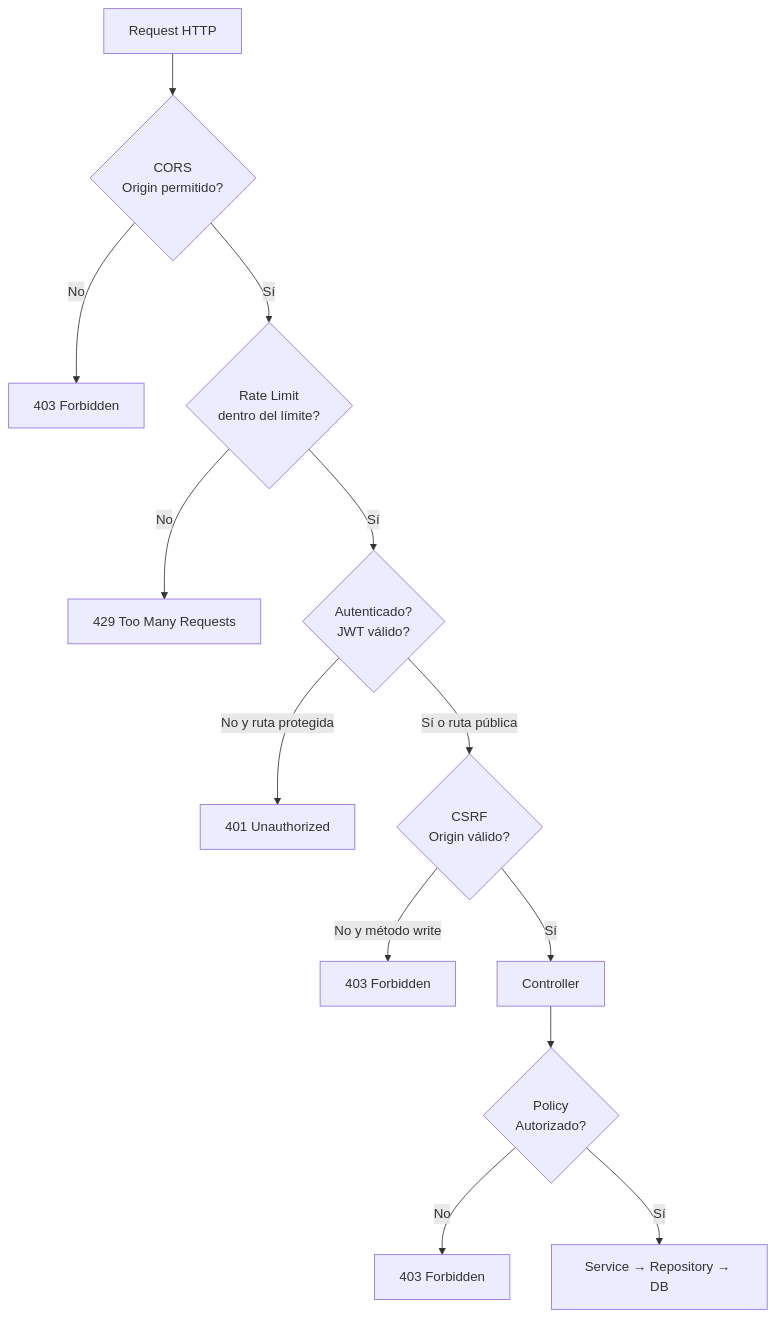
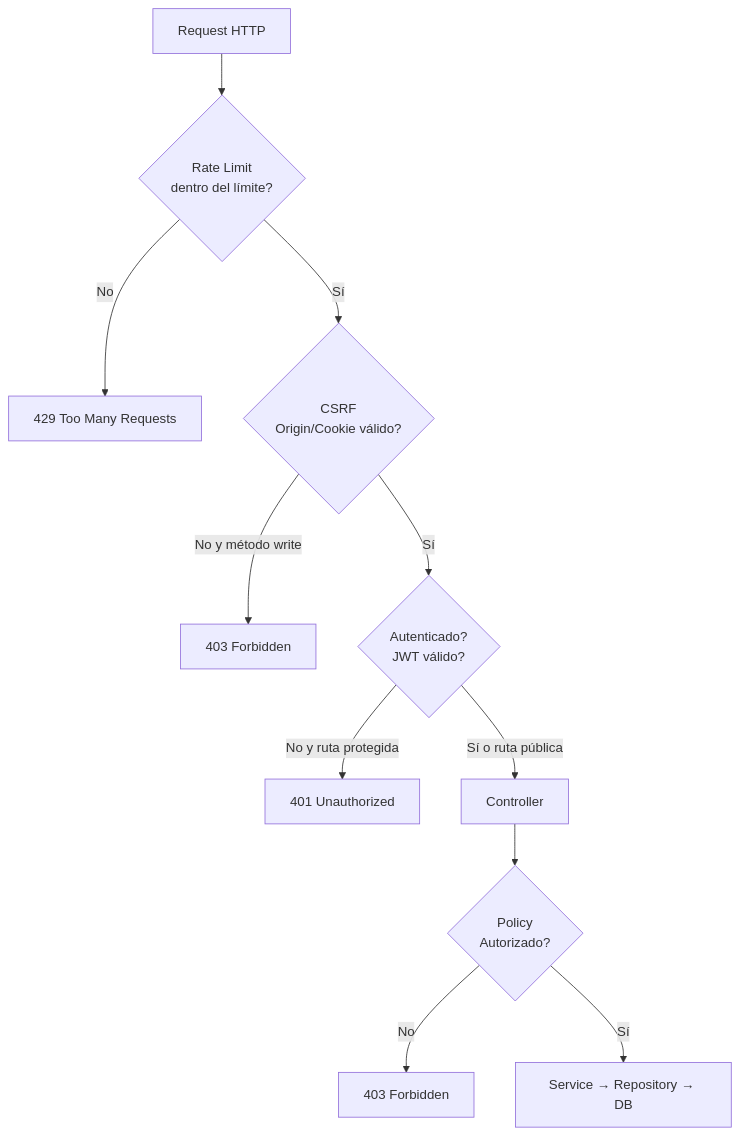
The seventh of 21 diagrams in ARQUITECTURA.md (marnafer/AlquilER-documentacion), drawn with Mermaid before and after one commit. The commit also changed other lines of this file and 1 other file, not shown here.

Commit message:
docs: corregir middlewares y seguridad segun codigo real (Authenticator en Security, 3 middlewares)

````diff
--- a/ARQUITECTURA.md
+++ b/ARQUITECTURA.md
@@ -237,15 +237,13 @@
 ```mermaid
 flowchart TD
-    Req[Request HTTP] --> CORS{CORS<br/>Origin permitido?}
-    CORS -->|No| R1[403 Forbidden]
-    CORS -->|Sí| RL{Rate Limit<br/>dentro del límite?}
+    Req[Request HTTP] --> RL{Rate Limit<br/>dentro del límite?}
     RL -->|No| R2[429 Too Many Requests]
-    RL -->|Sí| Auth{Autenticado?<br/>JWT válido?}
+    RL -->|Sí| CSRF{CSRF<br/>Origin/Cookie válido?}
+    CSRF -->|No y método write| R4[403 Forbidden]
+    CSRF -->|Sí| Auth{Autenticado?<br/>JWT válido?}
     Auth -->|No y ruta protegida| R3[401 Unauthorized]
-    Auth -->|Sí o ruta pública| CSRF{CSRF<br/>Origin válido?}
-    CSRF -->|No y método write| R4[403 Forbidden]
-    CSRF -->|Sí| Ctrl[Controller]
+    Auth -->|Sí o ruta pública| Ctrl[Controller]
     Ctrl --> Policy{Policy<br/>Autorizado?}
     Policy -->|No| R5[403 Forbidden]
     Policy -->|Sí| Svc[Service → Repository → DB]
 ```
````
